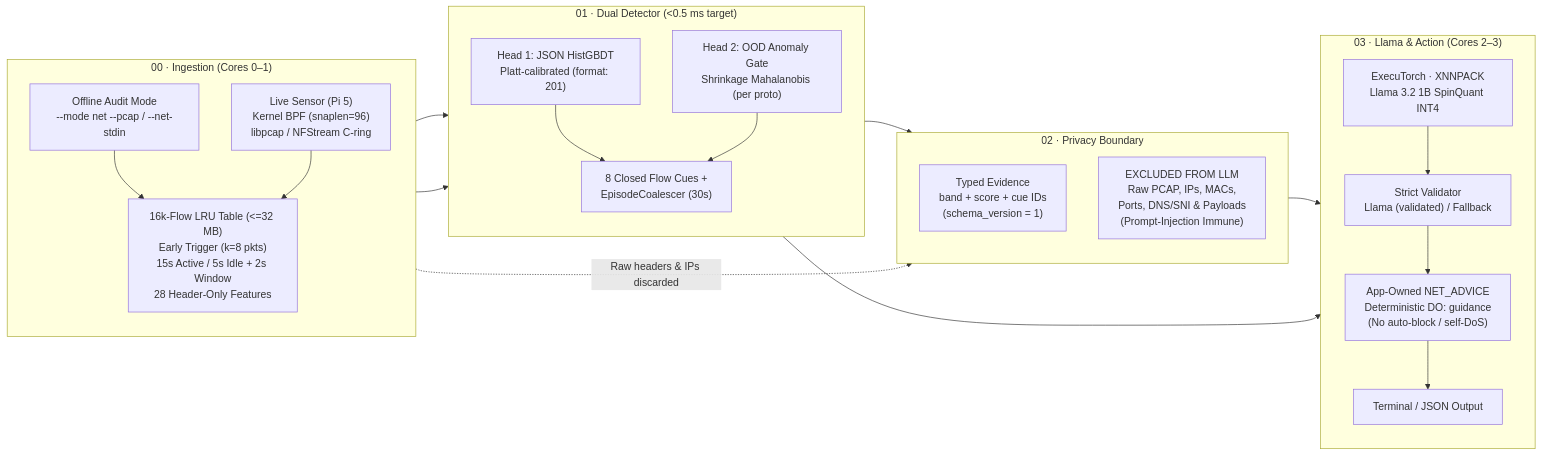
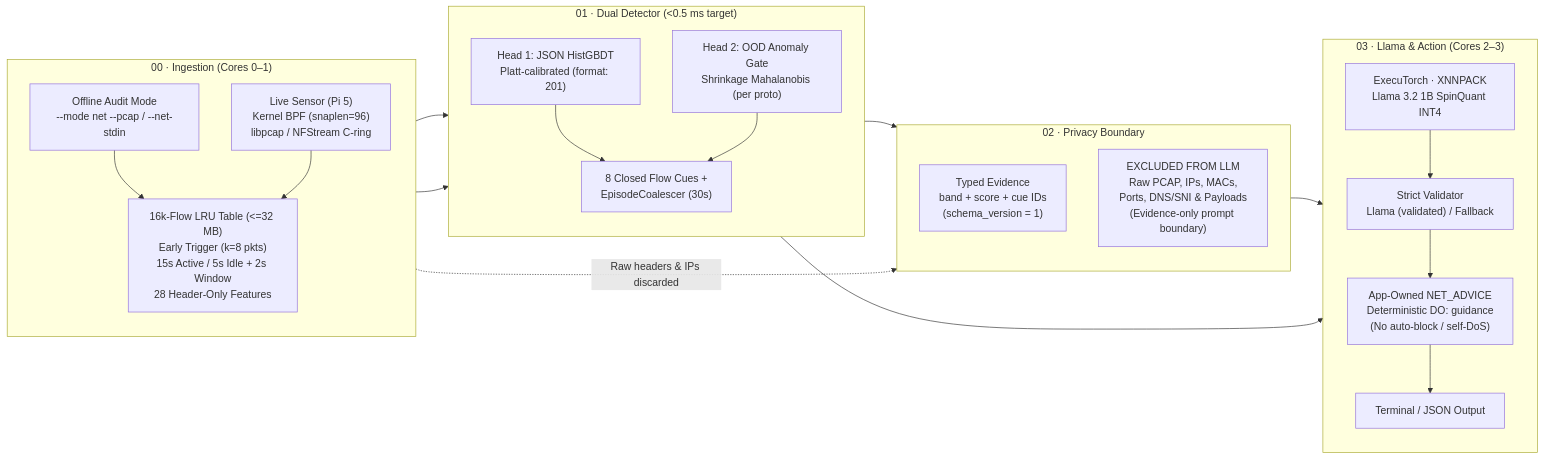
Before and after one commit to mohamedzayn472/EdgeShield2.0: the diagram in docs/NETWORK_TRAFFIC_PLAN.md, drawn with Mermaid. The commit also changed other lines of this file, not shown here.

Commit message:
Separate historical V2 sustained results from current V8 measurements

````diff
--- a/docs/NETWORK_TRAFFIC_PLAN.md
+++ b/docs/NETWORK_TRAFFIC_PLAN.md
@@ -55,42 +55,42 @@
 ```mermaid
 flowchart LR
     subgraph S0["00 · Ingestion (Cores 0–1)"]
         direction TB
         A1["Offline Audit Mode<br/>--mode net --pcap / --net-stdin"]
         A2["Live Sensor (Pi 5)<br/>Kernel BPF (snaplen=96)<br/>libpcap / NFStream C-ring"]
         A3["16k-Flow LRU Table (<=32 MB)<br/>Early Trigger (k=8 pkts)<br/>15s Active / 5s Idle + 2s Window<br/>28 Header-Only Features"]
         A1 --> A3
         A2 --> A3
     end
 
     subgraph S1["01 · Dual Detector (<0.5 ms target)"]
         direction TB
         B1["Head 1: JSON HistGBDT<br/>Platt-calibrated (format: 201)"]
         B2["Head 2: OOD Anomaly Gate<br/>Shrinkage Mahalanobis (per proto)"]
         B3["8 Closed Flow Cues +<br/>EpisodeCoalescer (30s)"]
         B1 --> B3
         B2 --> B3
     end
 
     subgraph S2["02 · Privacy Boundary"]
         direction TB
         C1["Typed Evidence<br/>band + score + cue IDs<br/>(schema_version = 1)"]
-        C2["EXCLUDED FROM LLM<br/>Raw PCAP, IPs, MACs,<br/>Ports, DNS/SNI & Payloads<br/>(Prompt-Injection Immune)"]
+        C2["EXCLUDED FROM LLM<br/>Raw PCAP, IPs, MACs,<br/>Ports, DNS/SNI & Payloads<br/>(Evidence-only prompt boundary)"]
     end
 
     subgraph S3["03 · Llama & Action (Cores 2–3)"]
         direction TB
         D1["ExecuTorch · XNNPACK<br/>Llama 3.2 1B SpinQuant INT4"]
         D2["Strict Validator<br/>Llama (validated) / Fallback"]
         D3["App-Owned NET_ADVICE<br/>Deterministic DO: guidance<br/>(No auto-block / self-DoS)"]
         D4["Terminal / JSON Output"]
         D1 --> D2 --> D3 --> D4
     end
 
     A3 --> B1
     A3 --> B2
     B3 --> C1
     A3 -. "Raw headers & IPs discarded" .-> C2
     C1 --> D1
     B3 --> D3
 ```
````
